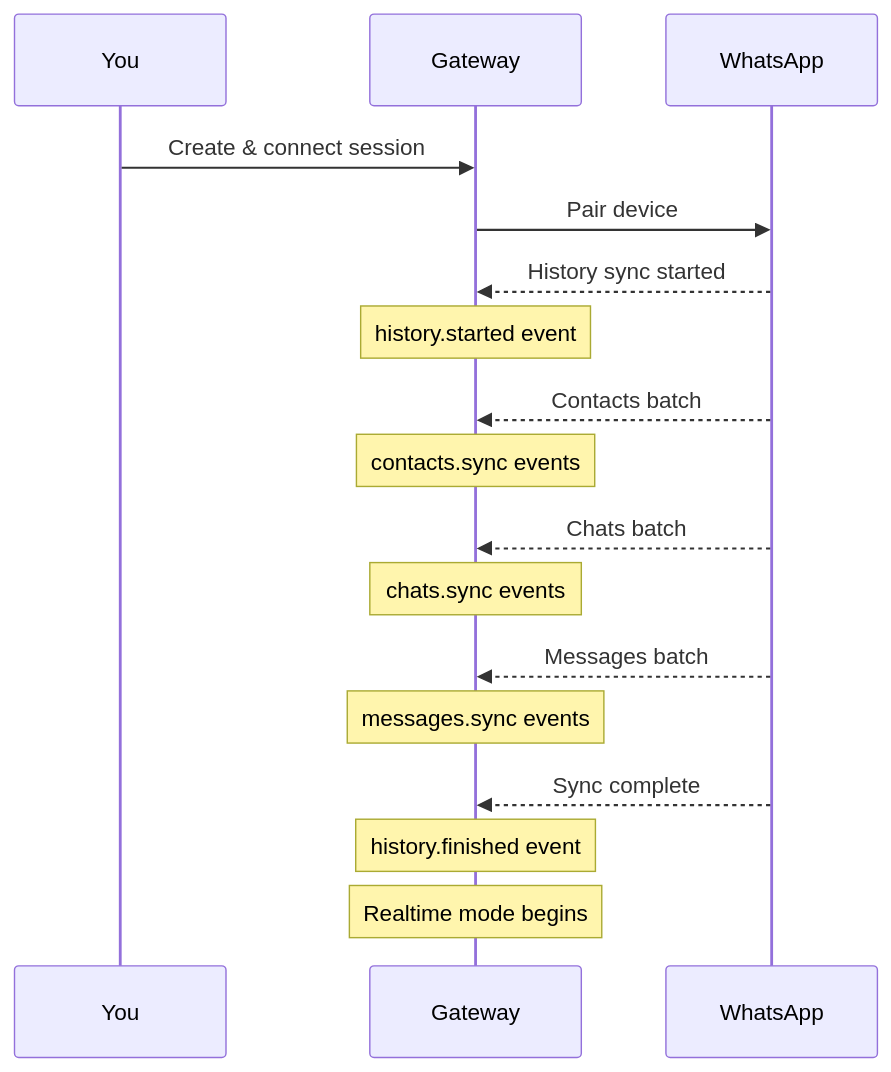
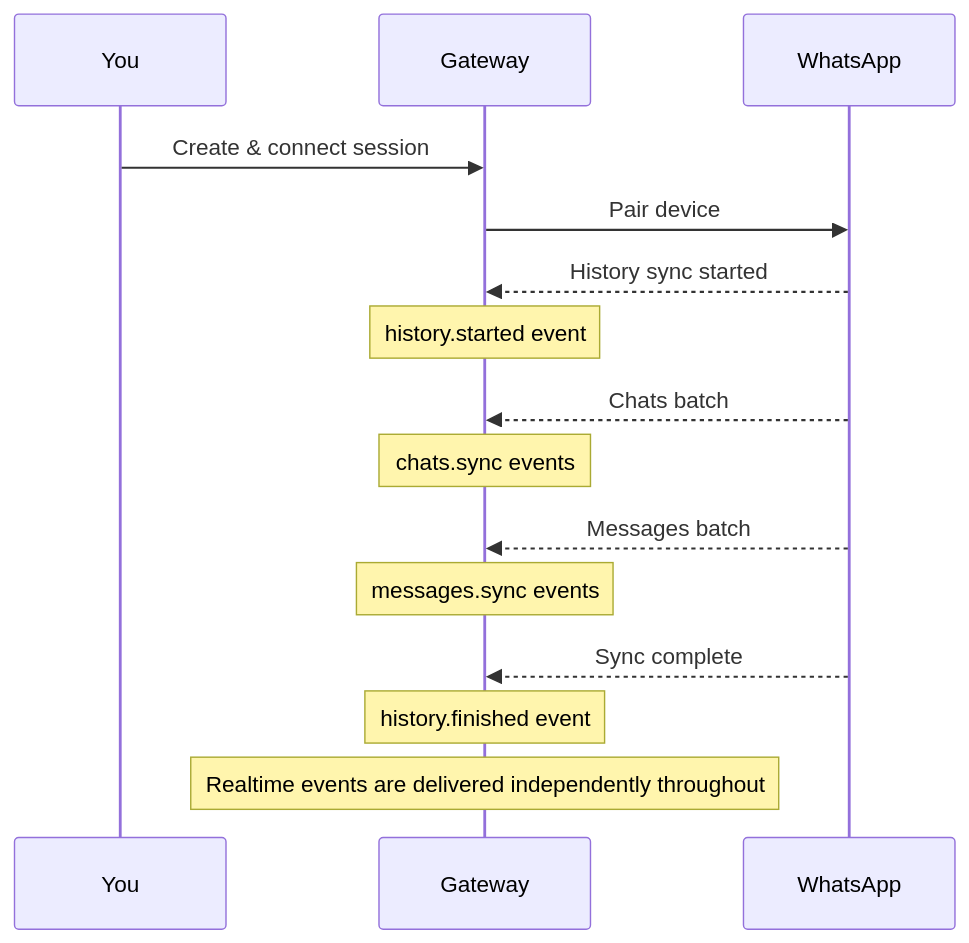
Before and after one commit to zealish/zl_whatsapp_gateway_hono: the diagram in src/docs/content/history-sync.md, drawn with Mermaid. The commit also changed other lines of this file and 41 other files, not shown here.

````diff
--- a/src/docs/content/history-sync.md
+++ b/src/docs/content/history-sync.md
@@ -12,26 +14,23 @@
 ```mermaid
 sequenceDiagram
     participant You
     participant Gateway
     participant WhatsApp
 
     You->>Gateway: Create & connect session
     Gateway->>WhatsApp: Pair device
     WhatsApp-->>Gateway: History sync started
     
     Note over Gateway: history.started event
 
-    WhatsApp-->>Gateway: Contacts batch
-    Note over Gateway: contacts.sync events
-
     WhatsApp-->>Gateway: Chats batch
     Note over Gateway: chats.sync events
 
     WhatsApp-->>Gateway: Messages batch
     Note over Gateway: messages.sync events
 
     WhatsApp-->>Gateway: Sync complete
     Note over Gateway: history.finished event
 
-    Note over Gateway: Realtime mode begins
+    Note over Gateway: Realtime events are delivered independently throughout
 ```
````
